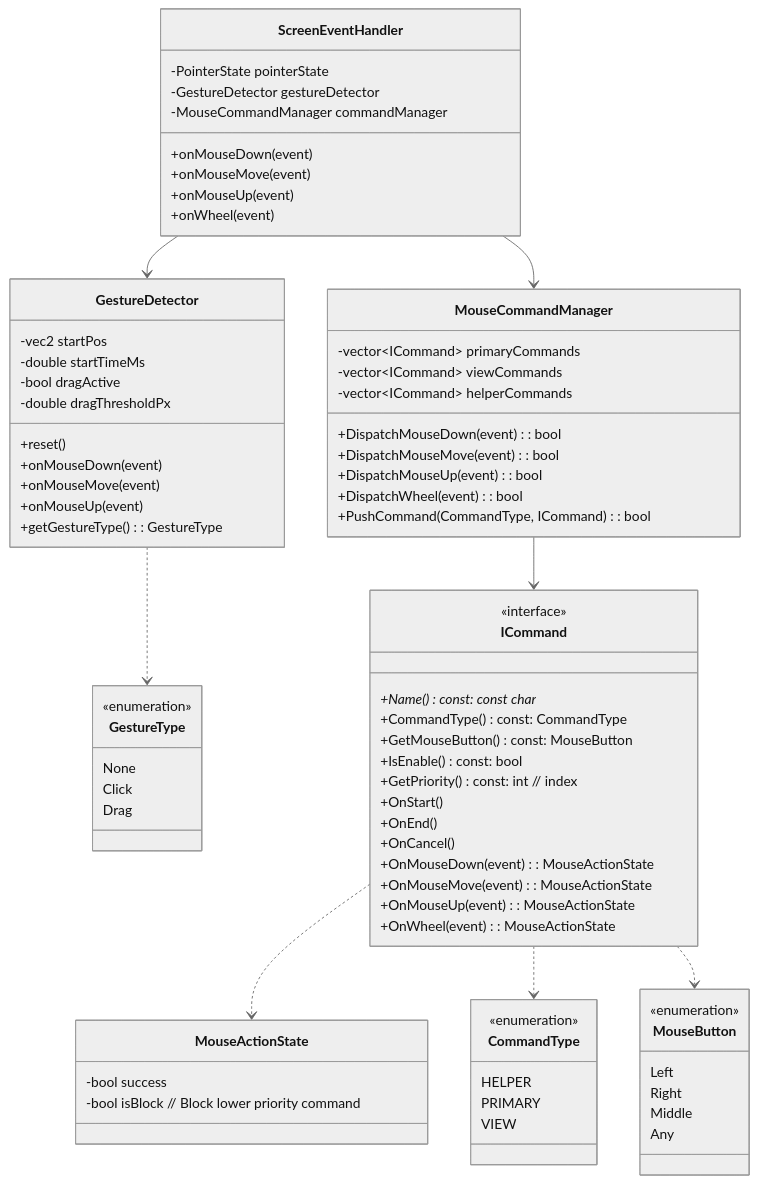
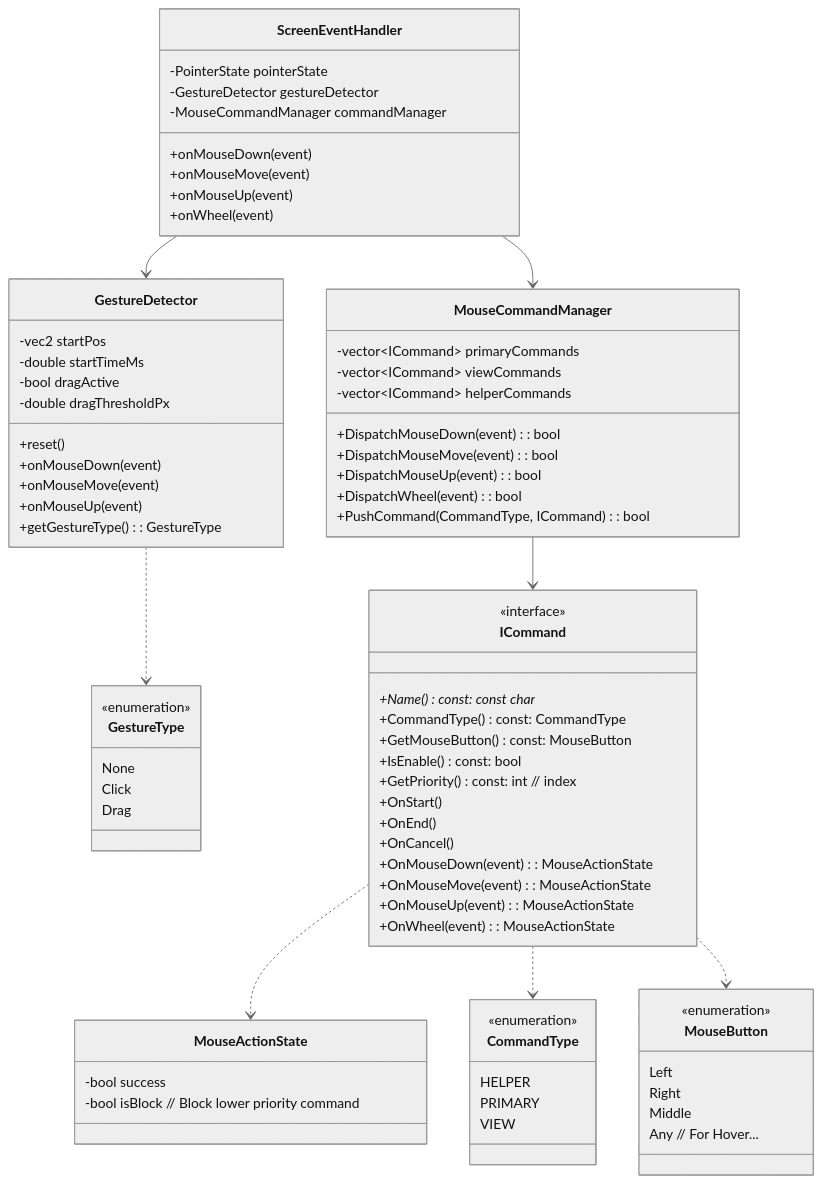
The first of 3 diagrams in GraphV6.md (vfa-khaidt1/vfa-cdn), drawn with Mermaid (neutral theme) before and after one commit.

```diff
--- a/GraphV6.md
+++ b/GraphV6.md
@@ -5,7 +5,7 @@
         Left
         Right
         Middle
-        Any
+        Any // For Hover...
     }
 
     class GestureType {
```
